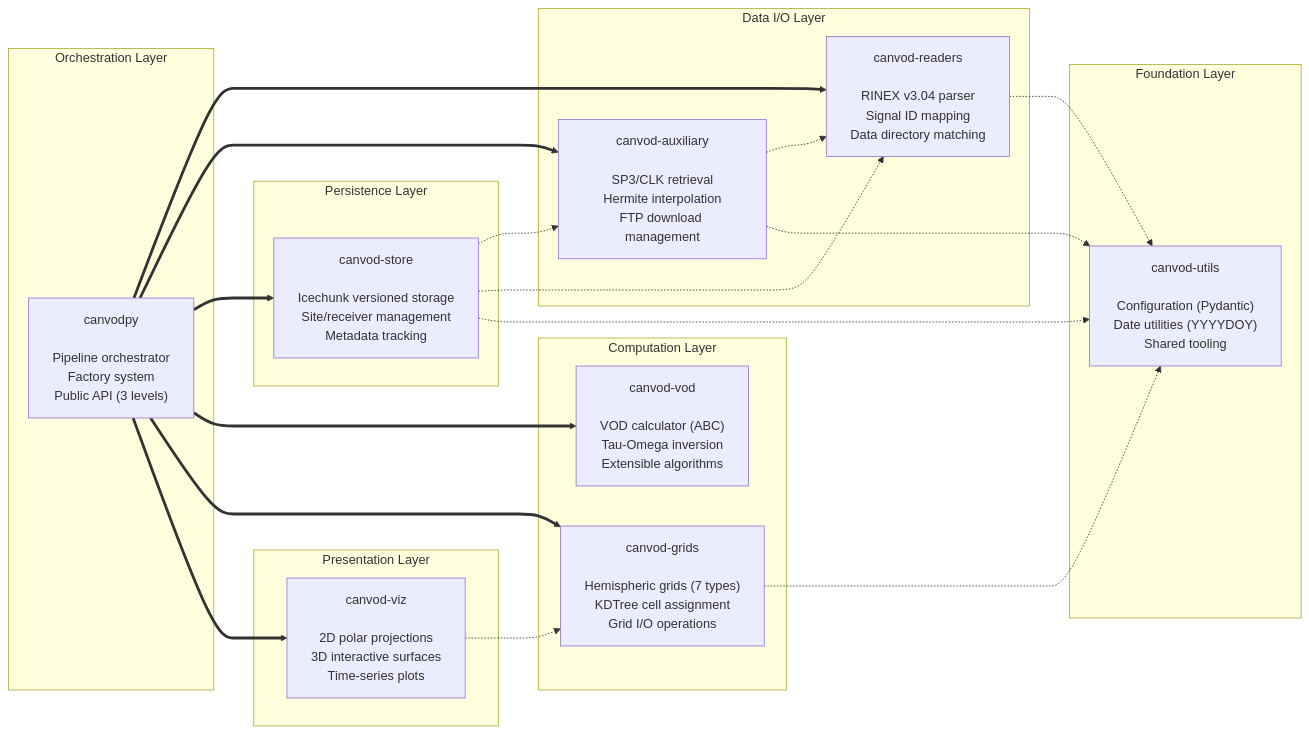
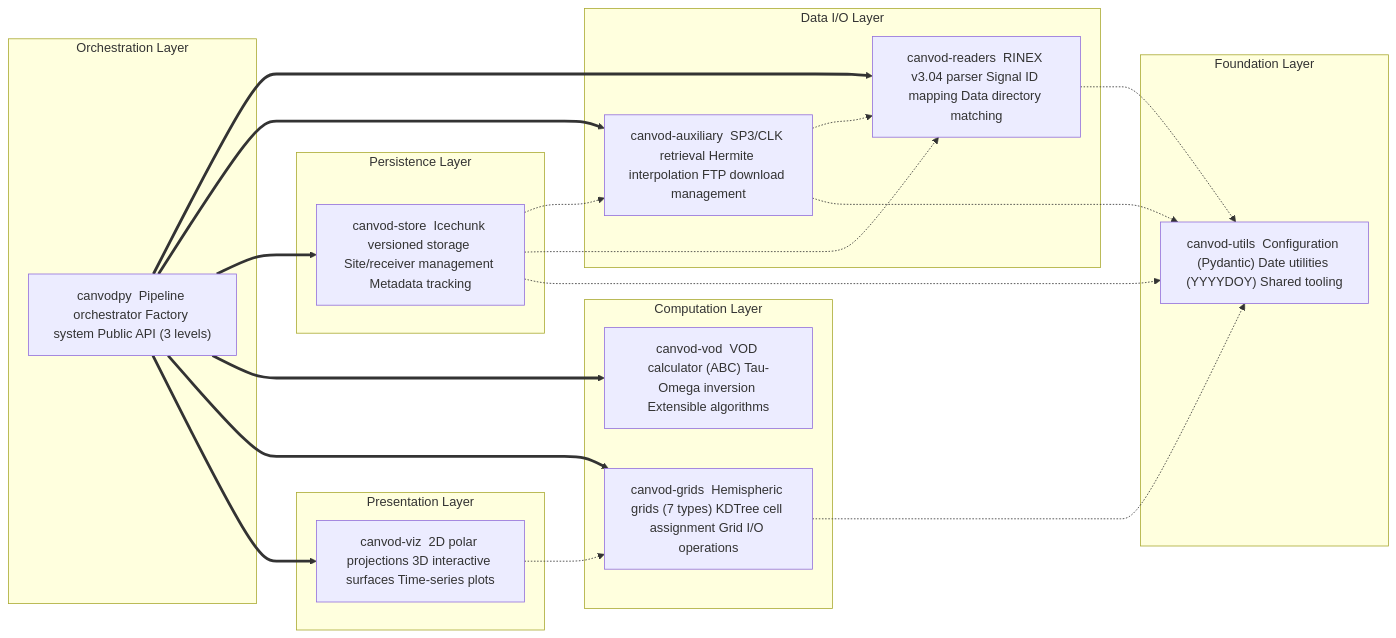
Before and after one commit to mfkiwl/canvodpy: the first of 2 diagrams in docs/architecture.md, drawn with Mermaid. The commit also changed other lines of this file and 3 other files, not shown here.

Commit message:
docs: removed line break characters from mermais graphs

````diff
--- a/docs/architecture.md
+++ b/docs/architecture.md
@@ -26,44 +26,44 @@
 ```mermaid
 graph LR
     subgraph FOUNDATION["Foundation Layer"]
-        UTILS["canvod-utils\n\nConfiguration (Pydantic)\nDate utilities (YYYYDOY)\nShared tooling"]
+        UTILS["canvod-utils  Configuration (Pydantic) Date utilities (YYYYDOY) Shared tooling"]
     end
 
     subgraph DATAIO["Data I/O Layer"]
-        READERS["canvod-readers\n\nRINEX v3.04 parser\nSignal ID mapping\nData directory matching"]
-        AUX["canvod-auxiliary\n\nSP3/CLK retrieval\nHermite interpolation\nFTP download management"]
+        READERS["canvod-readers  RINEX v3.04 parser Signal ID mapping Data directory matching"]
+        AUX["canvod-auxiliary  SP3/CLK retrieval Hermite interpolation FTP download management"]
     end
 
     subgraph STORE_LAYER["Persistence Layer"]
-        STORE["canvod-store\n\nIcechunk versioned storage\nSite/receiver management\nMetadata tracking"]
+        STORE["canvod-store  Icechunk versioned storage Site/receiver management Metadata tracking"]
     end
 
     subgraph COMPUTE["Computation Layer"]
-        VOD["canvod-vod\n\nVOD calculator (ABC)\nTau-Omega inversion\nExtensible algorithms"]
-        GRIDS["canvod-grids\n\nHemispheric grids (7 types)\nKDTree cell assignment\nGrid I/O operations"]
+        VOD["canvod-vod  VOD calculator (ABC) Tau-Omega inversion Extensible algorithms"]
+        GRIDS["canvod-grids  Hemispheric grids (7 types) KDTree cell assignment Grid I/O operations"]
     end
 
     subgraph PRESENT["Presentation Layer"]
-        VIZ["canvod-viz\n\n2D polar projections\n3D interactive surfaces\nTime-series plots"]
+        VIZ["canvod-viz  2D polar projections 3D interactive surfaces Time-series plots"]
     end
 
     subgraph ORCHESTRATION["Orchestration Layer"]
-        CANVODPY["canvodpy\n\nPipeline orchestrator\nFactory system\nPublic API (3 levels)"]
+        CANVODPY["canvodpy  Pipeline orchestrator Factory system Public API (3 levels)"]
     end
 
     READERS -.-> UTILS
     AUX -.-> READERS
     AUX -.-> UTILS
     STORE -.-> AUX
     STORE -.-> READERS
     STORE -.-> UTILS
     GRIDS -.-> UTILS
     VIZ -.-> GRIDS
 
     CANVODPY ==> READERS
     CANVODPY ==> AUX
     CANVODPY ==> STORE
     CANVODPY ==> VOD
     CANVODPY ==> GRIDS
     CANVODPY ==> VIZ
 ```
````
